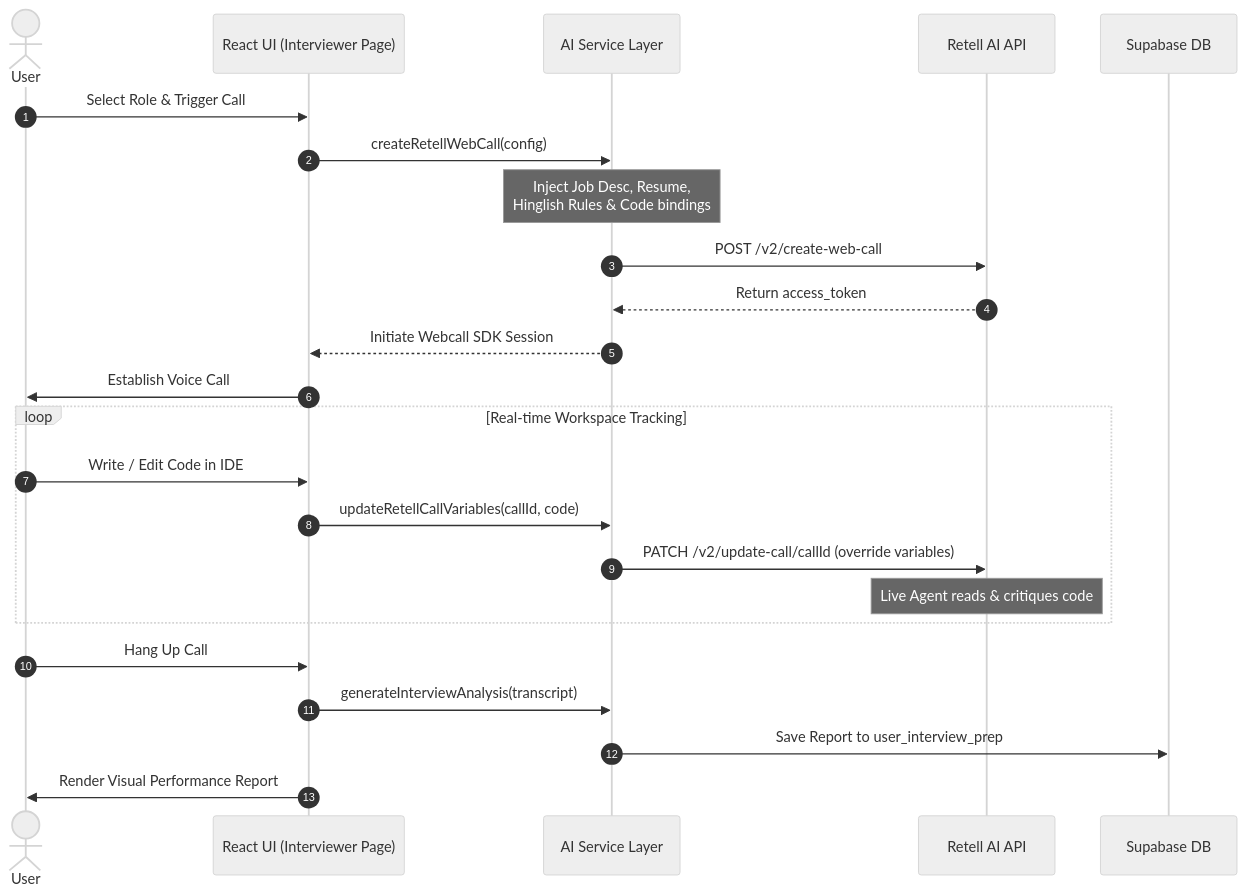
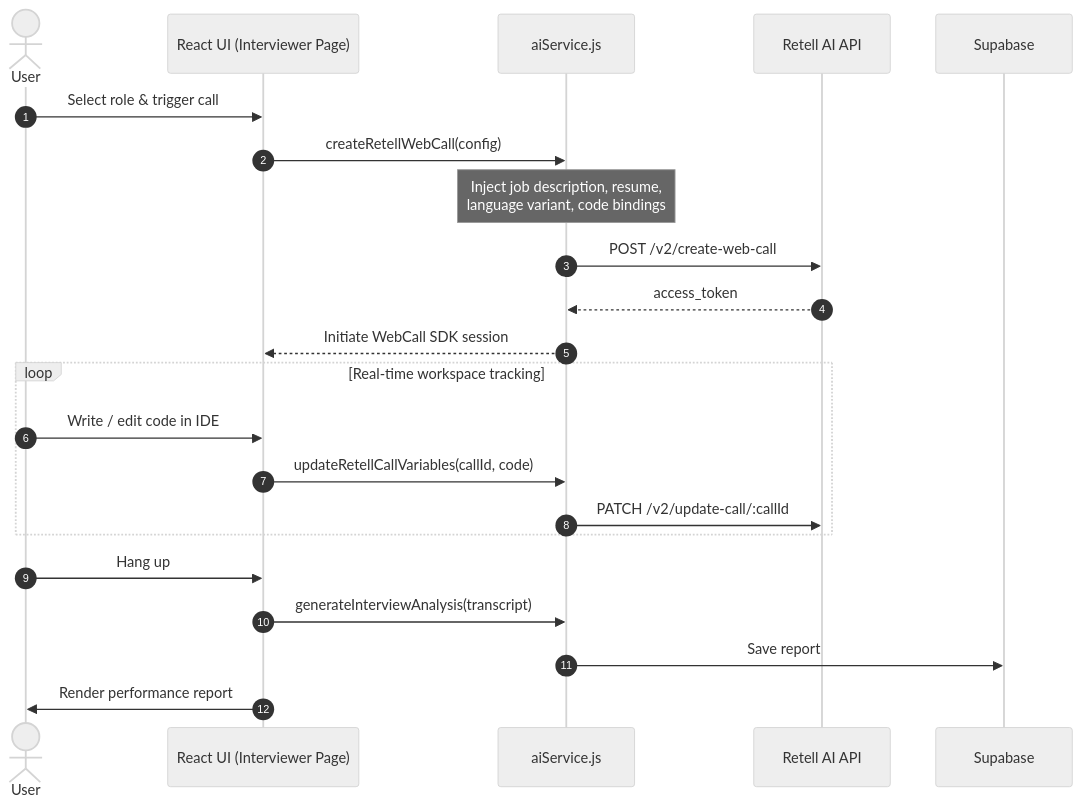
The fourth of 8 diagrams in README.md (nandanpatkar/GenAIAcademy), drawn with Mermaid (neutral theme) before and after one commit. The commit also changed other lines of this file, not shown here.

````diff
--- a/README.md
+++ b/README.md
@@ -43,27 +408,25 @@
 ```mermaid
 sequenceDiagram
     autonumber
     actor User
     participant UI as React UI (Interviewer Page)
-    participant AIS as AI Service Layer
+    participant AIS as aiService.js
     participant Retell as Retell AI API
-    participant DB as Supabase DB
+    participant DB as Supabase
 
-    User->>UI: Select Role & Trigger Call
+    User->>UI: Select role & trigger call
     UI->>AIS: createRetellWebCall(config)
-    Note over AIS: Inject Job Desc, Resume,<br/>Hinglish Rules & Code bindings
+    Note over AIS: Inject job description, resume,<br/>language variant, code bindings
     AIS->>Retell: POST /v2/create-web-call
-    Retell-->>AIS: Return access_token
-    AIS-->>UI: Initiate Webcall SDK Session
-    UI->>User: Establish Voice Call
-    loop Real-time Workspace Tracking
-        User->>UI: Write / Edit Code in IDE
+    Retell-->>AIS: access_token
+    AIS-->>UI: Initiate WebCall SDK session
+    loop Real-time workspace tracking
+        User->>UI: Write / edit code in IDE
         UI->>AIS: updateRetellCallVariables(callId, code)
-        AIS->>Retell: PATCH /v2/update-call/callId (override variables)
-        Note over Retell: Live Agent reads & critiques code
+        AIS->>Retell: PATCH /v2/update-call/:callId
     end
-    User->>UI: Hang Up Call
+    User->>UI: Hang up
     UI->>AIS: generateInterviewAnalysis(transcript)
-    AIS->>DB: Save Report to user_interview_prep
-    UI->>User: Render Visual Performance Report
+    AIS->>DB: Save report
+    UI->>User: Render performance report
 ```
````
